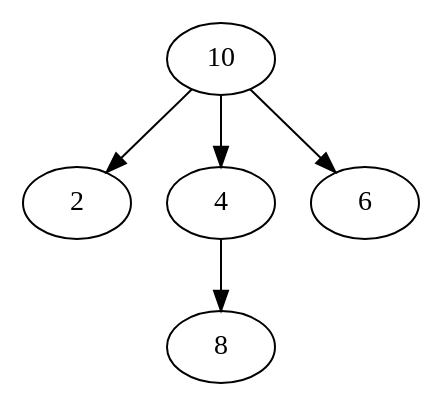
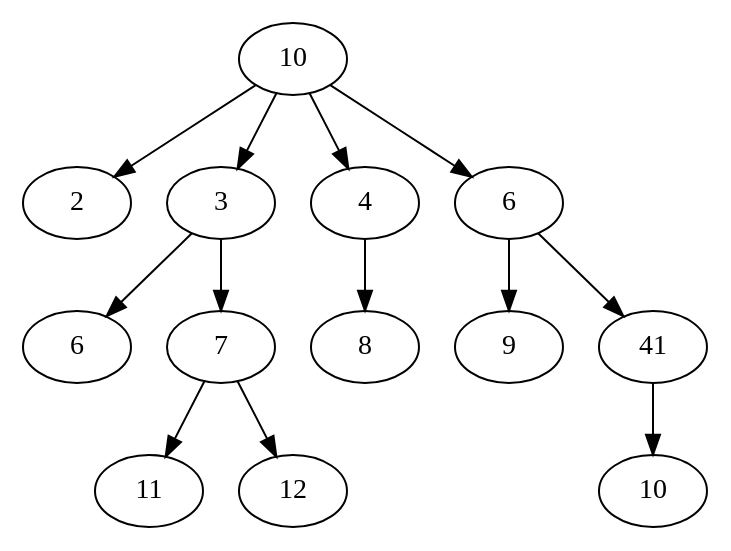
One commit to maxiiibar/aed changed the diagram in Arboles/Ejer2/arbol_sin_impares.dot. Above: the diagram before and after it, drawn with Graphviz. The commit also changed 2 other files, not shown here.

```diff
--- a/Arboles/Ejer2/arbol_sin_impares.dot
+++ b/Arboles/Ejer2/arbol_sin_impares.dot
@@ -1,11 +1,27 @@
 digraph h {
 aaadc[label="10"]
 aaadd[label="2"]
-aabaa[label="4"]
-aabab[label="8"]
-aabac[label="6"]
+aabaa[label="3"]
+aabab[label="6"]
+aabac[label="7"]
+aabad[label="11"]
+aabba[label="12"]
+aabbb[label="4"]
+aabbc[label="8"]
+aabbd[label="6"]
+aabca[label="9"]
+aabcb[label="41"]
+aabcc[label="10"]
 aaadc->aaadd
 aaadc->aabaa
 aabaa->aabab
-aaadc->aabac
+aabaa->aabac
+aabac->aabad
+aabac->aabba
+aaadc->aabbb
+aabbb->aabbc
+aaadc->aabbd
+aabbd->aabca
+aabbd->aabcb
+aabcb->aabcc
 }
```
